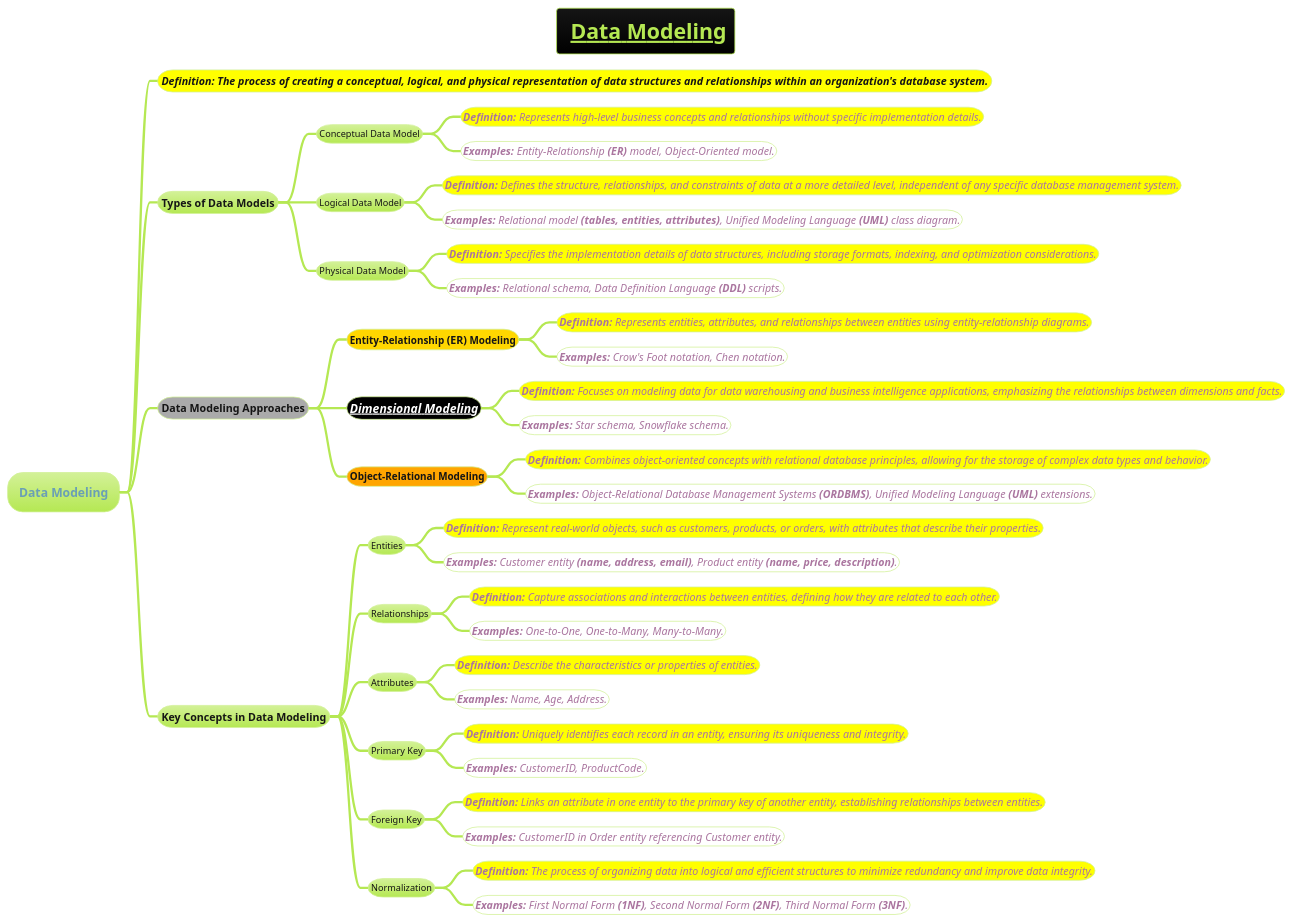
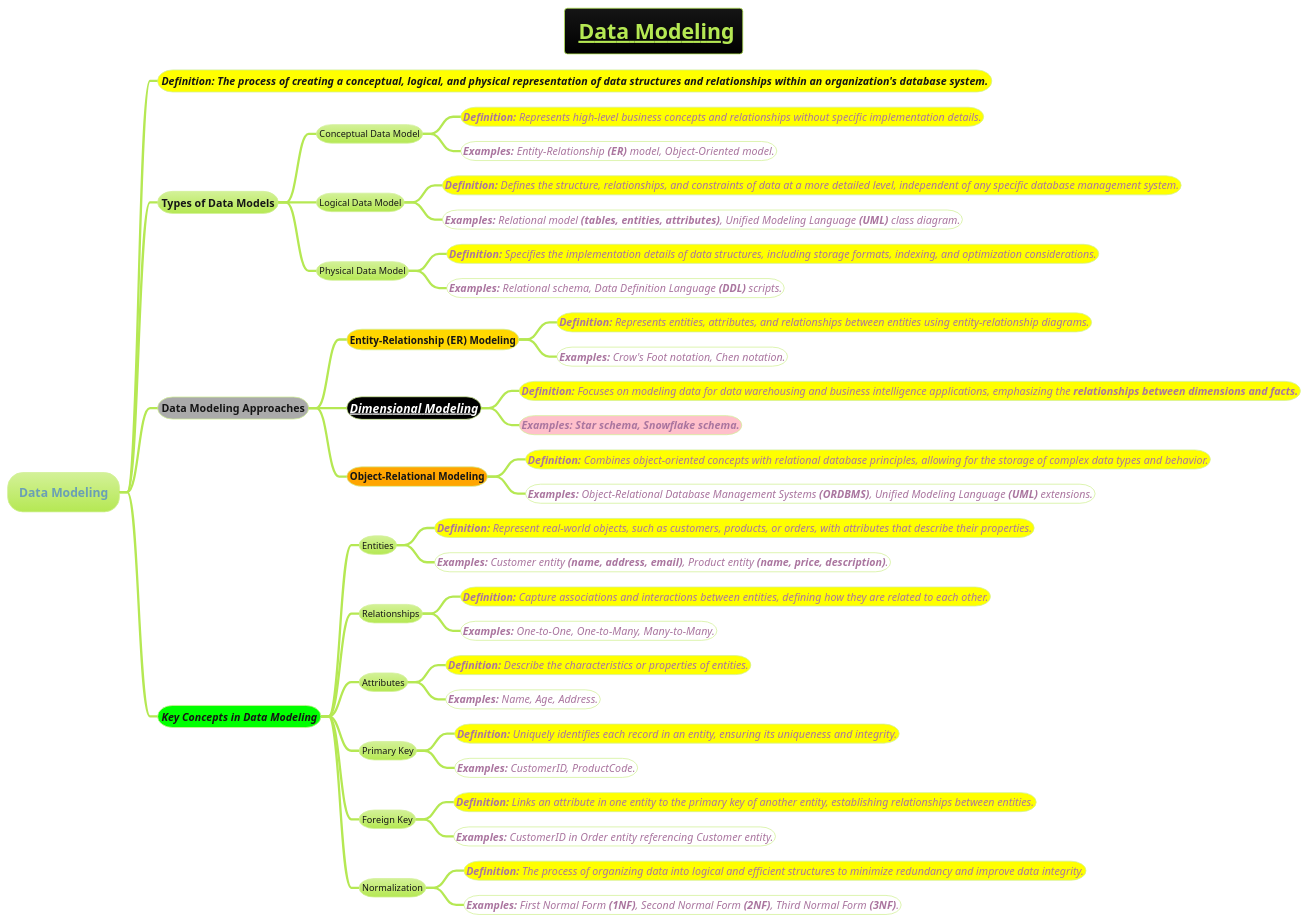
Before and after one commit to MehmoodHashmi/Documentation-as-Code-DaC: the diagram in docs/AI-ML- DL-Data-Science-and-BigData/data-science/data-engineering/data-storage-and-management/modeling-methodology/Data-Modeling.puml, drawn with PlantUML.

```diff
--- a/docs/AI-ML- DL-Data-Science-and-BigData/data-science/data-engineering/data-storage-and-management/modeling-methodology/Data-Modeling.puml
+++ b/docs/AI-ML- DL-Data-Science-and-BigData/data-science/data-engineering/data-storage-and-management/modeling-methodology/Data-Modeling.puml
@@ -1,46 +1,46 @@
 @startmindmap
 title =__ Data Modeling__
 !theme hacker
 
 * Data Modeling
 **[#yellow] ====<size:14>**Definition:** The process of creating a conceptual, logical, and physical representation of data structures and relationships within an organization's database system.
 ** Types of Data Models
 *** Conceptual Data Model
 ****[#yellow] ====<size:14>**Definition:** Represents high-level business concepts and relationships without specific implementation details.
 ****[#white] ====<size:14>**Examples:** Entity-Relationship **(ER)** model, Object-Oriented model.
 *** Logical Data Model
 ****[#yellow] ====<size:14>**Definition:** Defines the structure, relationships, and constraints of data at a more detailed level, independent of any specific database management system.
 ****[#white] ====<size:14>**Examples:** Relational model **(tables, entities, attributes)**, Unified Modeling Language **(UML)** class diagram.
 *** Physical Data Model
 ****[#yellow] ====<size:14>**Definition:** Specifies the implementation details of data structures, including storage formats, indexing, and optimization considerations.
 ****[#white] ====<size:14>**Examples:** Relational schema, Data Definition Language **(DDL)** scripts.
 **[#a] Data Modeling Approaches
 ***[#gold] ===Entity-Relationship **(ER)** Modeling
 ****[#yellow] ====<size:14>**Definition:** Represents entities, attributes, and relationships between entities using entity-relationship diagrams.
 ****[#white] ====<size:14>**Examples:** Crow's Foot notation, Chen notation.
 ***[#black] ====<size:16>**[[../../../../../books/1-books-backlog/DBMS/Dimensional-Modeling.puml Dimensional Modeling]]**
-****[#yellow] ====<size:14>**Definition:** Focuses on modeling data for data warehousing and business intelligence applications, emphasizing the relationships between dimensions and facts.
-****[#white] ====<size:14>**Examples:** Star schema, Snowflake schema.
+****[#yellow] ====<size:14>**Definition:** Focuses on modeling data for data warehousing and business intelligence applications, emphasizing the **relationships between dimensions and facts.**
+****[#pink] ====<size:14>**Examples: Star schema, Snowflake schema.**
 ***[#orange] ===Object-Relational Modeling
 ****[#yellow] ====<size:14>**Definition:** Combines object-oriented concepts with relational database principles, allowing for the storage of complex data types and behavior.
 ****[#white] ====<size:14>**Examples:** Object-Relational Database Management Systems **(ORDBMS)**, Unified Modeling Language **(UML)** extensions.
-** Key Concepts in Data Modeling
+**[#lime] ====Key Concepts in Data Modeling
 *** Entities
 ****[#yellow] ====<size:14>**Definition:** Represent real-world objects, such as customers, products, or orders, with attributes that describe their properties.
 ****[#white] ====<size:14>**Examples:** Customer entity **(name, address, email)**, Product entity **(name, price, description)**.
 *** Relationships
 ****[#yellow] ====<size:14>**Definition:** Capture associations and interactions between entities, defining how they are related to each other.
 ****[#white] ====<size:14>**Examples:** One-to-One, One-to-Many, Many-to-Many.
 *** Attributes
 ****[#yellow] ====<size:14>**Definition:** Describe the characteristics or properties of entities.
 ****[#white] ====<size:14>**Examples:** Name, Age, Address.
 *** Primary Key
 ****[#yellow] ====<size:14>**Definition:** Uniquely identifies each record in an entity, ensuring its uniqueness and integrity.
 ****[#white] ====<size:14>**Examples:** CustomerID, ProductCode.
 *** Foreign Key
 ****[#yellow] ====<size:14>**Definition:** Links an attribute in one entity to the primary key of another entity, establishing relationships between entities.
 ****[#white] ====<size:14>**Examples:** CustomerID in Order entity referencing Customer entity.
 *** Normalization
 ****[#yellow] ====<size:14>**Definition:** The process of organizing data into logical and efficient structures to minimize redundancy and improve data integrity.
 ****[#white] ====<size:14>**Examples:** First Normal Form **(1NF)**, Second Normal Form **(2NF)**, Third Normal Form **(3NF)**.
 @endmindmap
```
